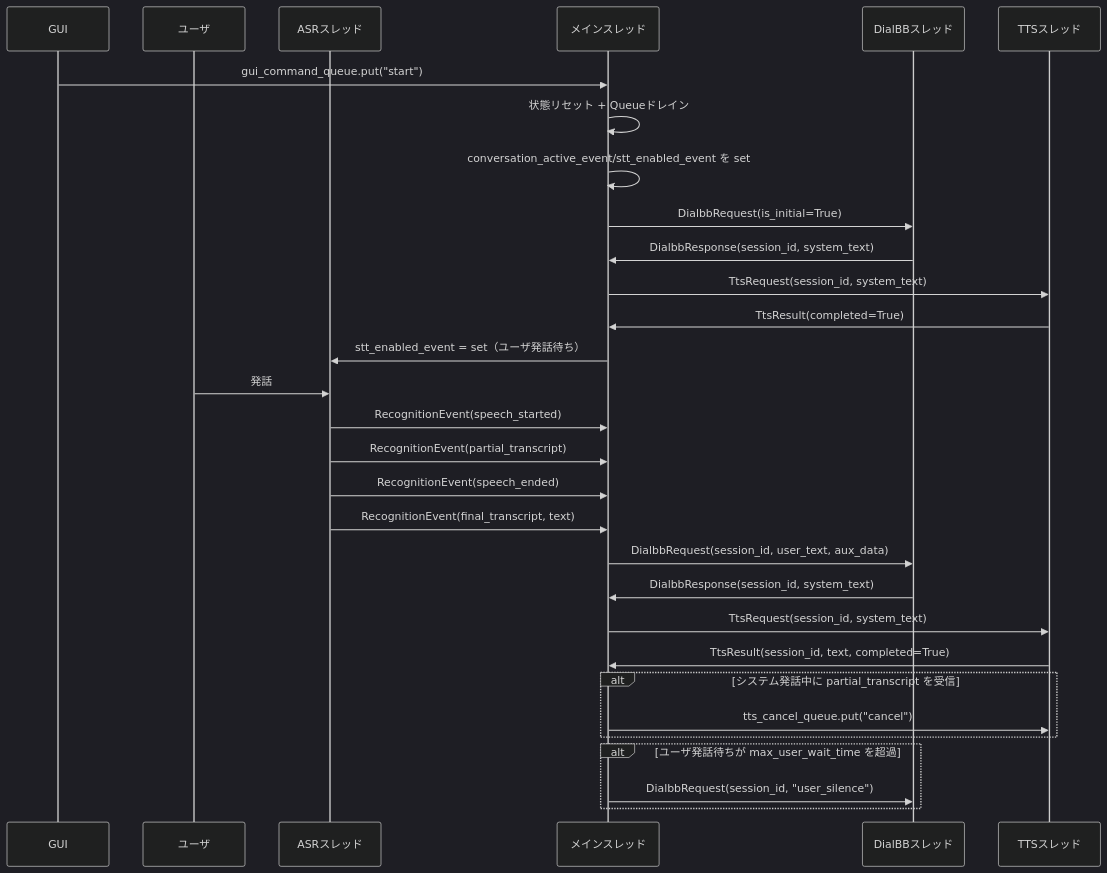
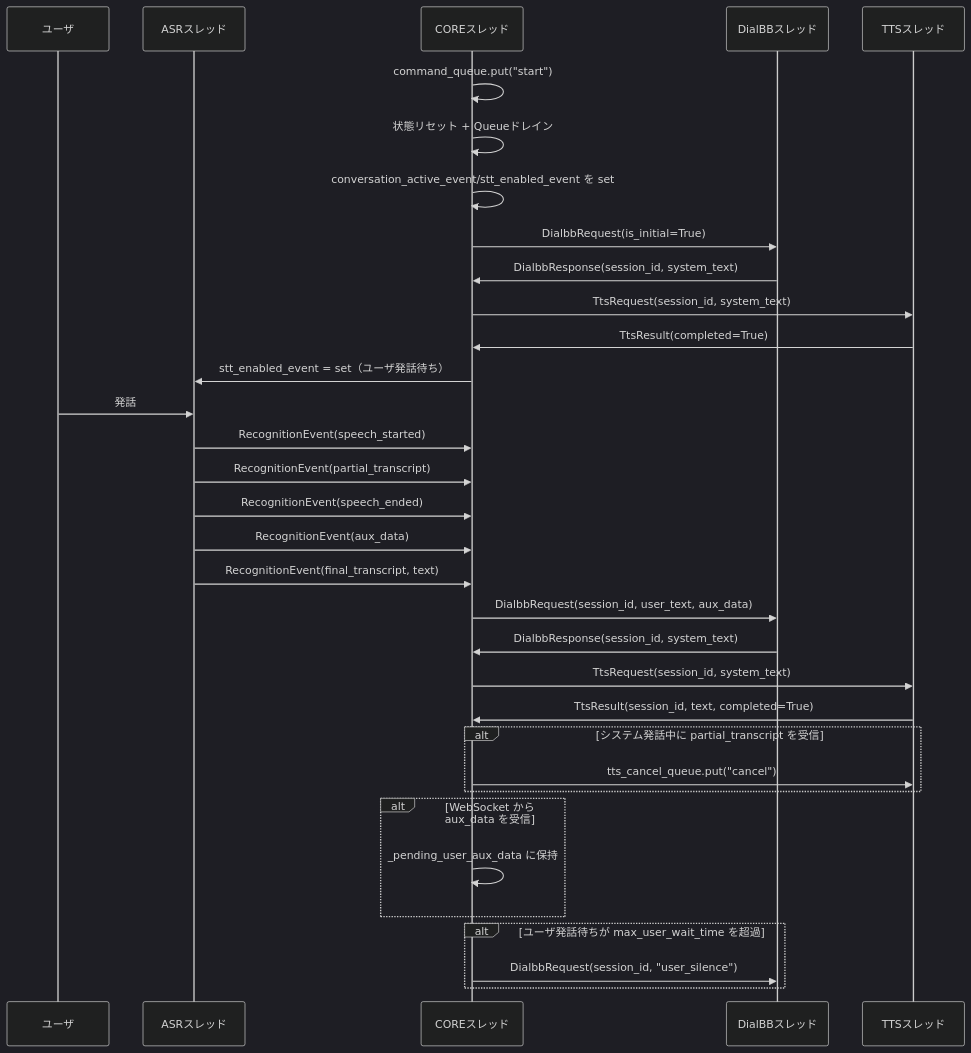
One commit to c4a-ri/dialbb changed the second of 3 diagrams in dialbb/multimodal/docs/message_spec.md. Above: the diagram before and after it, drawn with Mermaid (dark theme). The commit also changed other lines of this file and 7 other files, not shown here.

````diff
--- a/dialbb/multimodal/docs/message_spec.md
+++ b/dialbb/multimodal/docs/message_spec.md
@@ -162,38 +171,42 @@
 ```mermaid
 sequenceDiagram
-  participant GUI as GUI
   participant U as ユーザ
   participant STT as ASRスレッド
-  participant MAIN as メインスレッド
+  participant CORE as COREスレッド
   participant D as DialBBスレッド
   participant T as TTSスレッド
 
-  GUI->>MAIN: gui_command_queue.put("start")
-  MAIN->>MAIN: 状態リセット + Queueドレイン
-  MAIN->>MAIN: conversation_active_event/stt_enabled_event を set
-  MAIN->>D: DialbbRequest(is_initial=True)
-  D->>MAIN: DialbbResponse(session_id, system_text)
-  MAIN->>T: TtsRequest(session_id, system_text)
-  T->>MAIN: TtsResult(completed=True)
-  MAIN->>STT: stt_enabled_event = set（ユーザ発話待ち）
+  CORE->>CORE: command_queue.put("start")
+  CORE->>CORE: 状態リセット + Queueドレイン
+  CORE->>CORE: conversation_active_event/stt_enabled_event を set
+  CORE->>D: DialbbRequest(is_initial=True)
+  D->>CORE: DialbbResponse(session_id, system_text)
+  CORE->>T: TtsRequest(session_id, system_text)
+  T->>CORE: TtsResult(completed=True)
+  CORE->>STT: stt_enabled_event = set（ユーザ発話待ち）
 
   U->>STT: 発話
-  STT->>MAIN: RecognitionEvent(speech_started)
-  STT->>MAIN: RecognitionEvent(partial_transcript)
-  STT->>MAIN: RecognitionEvent(speech_ended)
-  STT->>MAIN: RecognitionEvent(final_transcript, text)
+  STT->>CORE: RecognitionEvent(speech_started)
+  STT->>CORE: RecognitionEvent(partial_transcript)
+  STT->>CORE: RecognitionEvent(speech_ended)
+  STT->>CORE: RecognitionEvent(aux_data)
+  STT->>CORE: RecognitionEvent(final_transcript, text)
 
-  MAIN->>D: DialbbRequest(session_id, user_text, aux_data)
-  D->>MAIN: DialbbResponse(session_id, system_text)
+  CORE->>D: DialbbRequest(session_id, user_text, aux_data)
+  D->>CORE: DialbbResponse(session_id, system_text)
 
-  MAIN->>T: TtsRequest(session_id, system_text)
-  T->>MAIN: TtsResult(session_id, text, completed=True)
+  CORE->>T: TtsRequest(session_id, system_text)
+  T->>CORE: TtsResult(session_id, text, completed=True)
 
   alt システム発話中に partial_transcript を受信
-    MAIN->>T: tts_cancel_queue.put("cancel")
+    CORE->>T: tts_cancel_queue.put("cancel")
+  end
+
+  alt WebSocket から aux_data を受信
+    CORE->>CORE: _pending_user_aux_data に保持
   end
 
   alt ユーザ発話待ちが max_user_wait_time を超過
-    MAIN->>D: DialbbRequest(session_id, "user_silence")
+    CORE->>D: DialbbRequest(session_id, "user_silence")
   end
 ```
````
